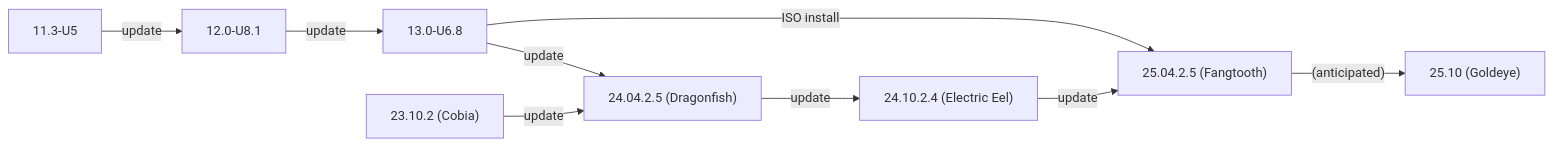
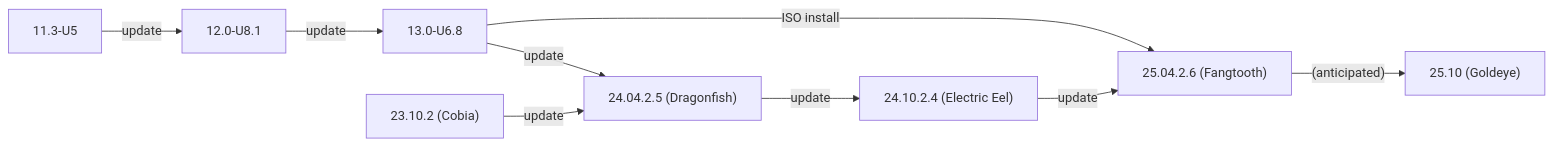
One commit to truenas/documentation changed the second of 2 diagrams in static/includes/SCALEUpgradePaths.md. Above: the diagram before and after it, drawn with Mermaid. The commit also changed other lines of this file and 2 other files, not shown here.

Commit message:
master/26.04 followup for 25.04.2.6 release

```diff
--- a/static/includes/SCALEUpgradePaths.md
+++ b/static/includes/SCALEUpgradePaths.md
@@ -239,12 +239,12 @@
             {{< mermaid class="mermaid_sizing" >}}
             flowchart LR
               A["11.3-U5"] -->|update| B
               B["12.0-U8.1"] -->|update| C
               C["13.0-U6.8"] -->|ISO install| G
               C -->|update| E
               D["23.10.2 (Cobia)"] -->|update| E
               E["24.04.2.5 (Dragonfish)"]  -->|update| F
               F["24.10.2.4 (Electric Eel)"] -->|update| G
-              G["25.04.2.5 (Fangtooth)"] -->|"(anticipated)"| H
+              G["25.04.2.6 (Fangtooth)"] -->|"(anticipated)"| H
             H["25.10 (Goldeye)"]
             {{< /mermaid >}}
```
